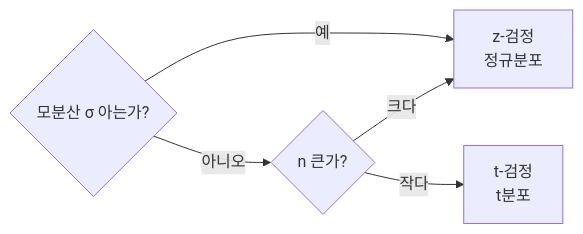
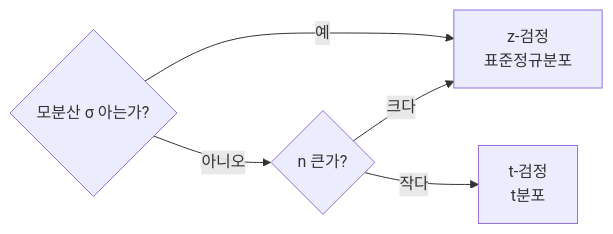
Before and after one commit to coninggu/wjdqhrhksflrltnftk: the diagram in content/clt-t-z-test.md, drawn with Mermaid. The commit also changed other lines of this file and 16 other files, not shown here.

````diff
--- a/content/clt-t-z-test.md
+++ b/content/clt-t-z-test.md
@@ -19,7 +26,7 @@
 ```mermaid
 flowchart LR
-  Q{모분산 σ 아는가?} -->|예| Z[z-검정<br/>정규분포]
+  Q{모분산 σ 아는가?} -->|예| Z[z-검정<br/>표준정규분포]
   Q -->|아니오| T2{n 큰가?}
   T2 -->|작다| T[t-검정<br/>t분포]
   T2 -->|크다| Z
 ```
````
